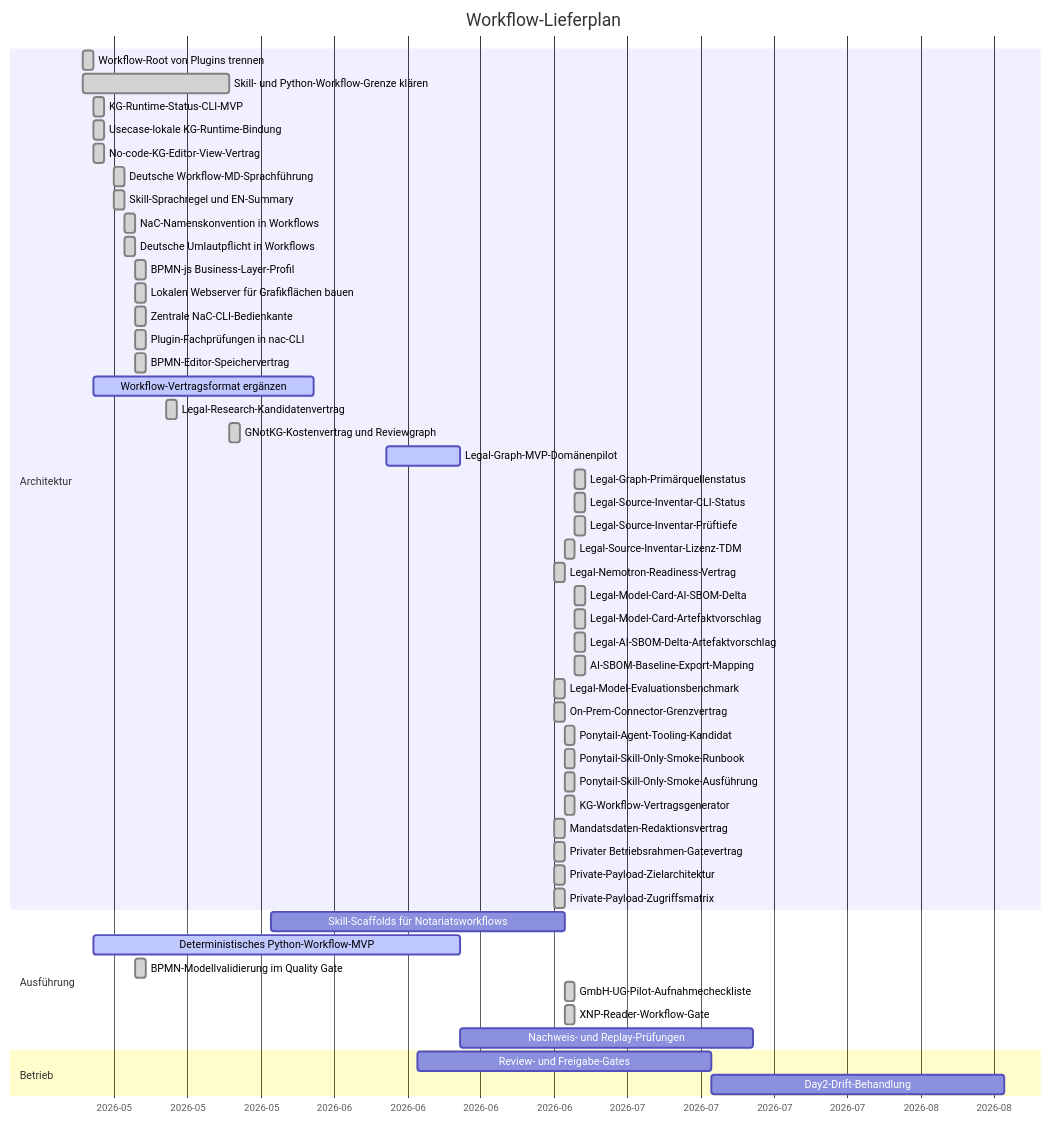
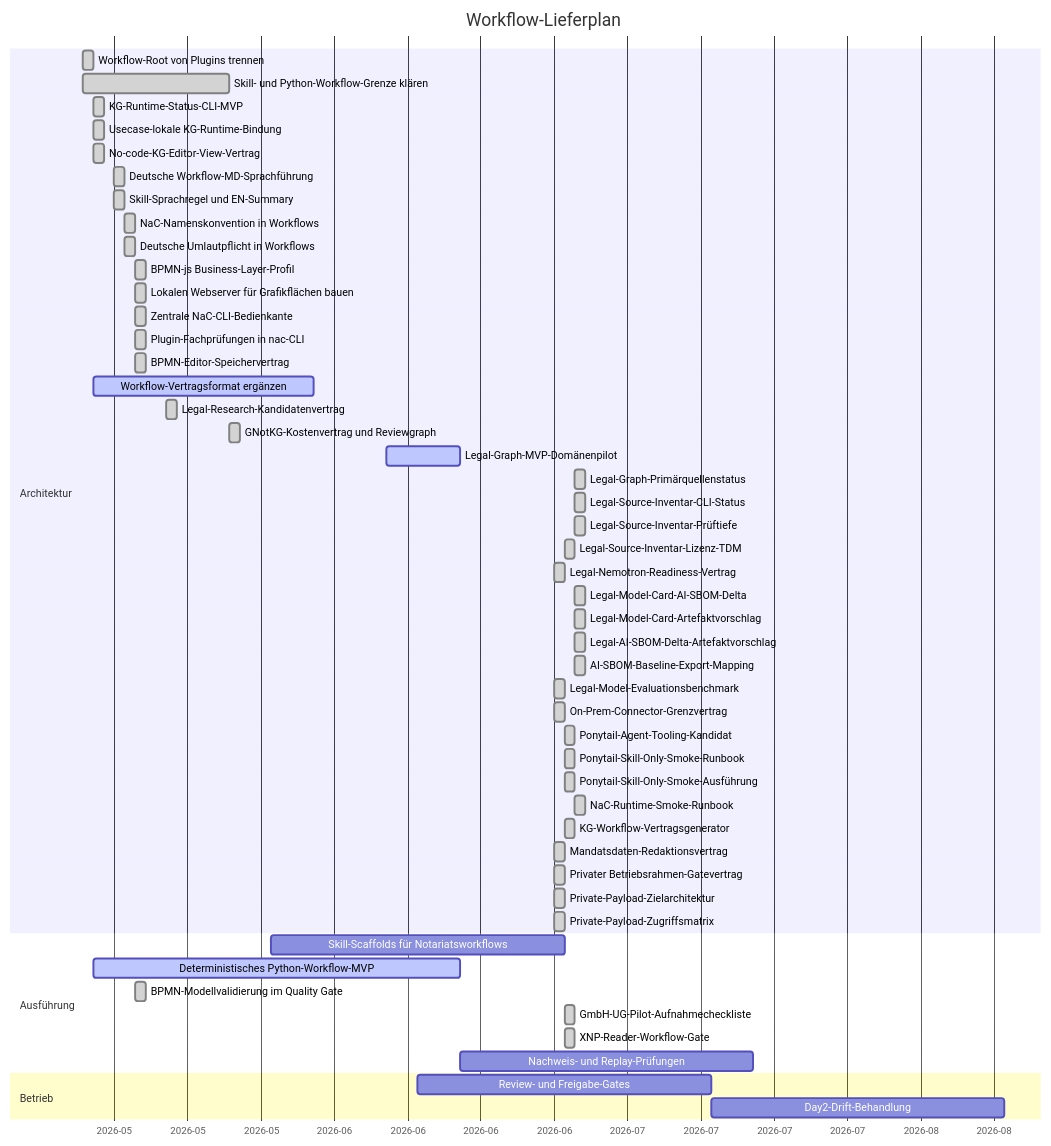
The diagram in workflows/GANTT.md (notariat8/NaC), drawn with Mermaid before and after one commit. The commit also changed other lines of this file and 11 other files, not shown here.

Commit message:
Add NaC runtime smoke runbook

````diff
--- a/workflows/GANTT.md
+++ b/workflows/GANTT.md
@@ -5,57 +5,58 @@
 ```mermaid
 gantt
     title Workflow-Lieferplan
     dateFormat  YYYY-MM-DD
     axisFormat  %Y-%m
 
     section Architektur
     Workflow-Root von Plugins trennen          :done,   w1, 2026-05-14, 1d
     Skill- und Python-Workflow-Grenze klären  :done,   w2, 2026-05-14, 14d
     KG-Runtime-Status-CLI-MVP                  :done,   w3, 2026-05-15, 1d
     Usecase-lokale KG-Runtime-Bindung          :done,   w3a, 2026-05-15, 1d
     No-code-KG-Editor-View-Vertrag             :done,   w4a, 2026-05-15, 1d
     Deutsche Workflow-MD-Sprachführung        :done,   w4b, 2026-05-17, 1d
     Skill-Sprachregel und EN-Summary            :done,   w4c, 2026-05-17, 1d
     NaC-Namenskonvention in Workflows           :done,   w4d, 2026-05-18, 1d
     Deutsche Umlautpflicht in Workflows         :done,   w4e, 2026-05-18, 1d
     BPMN-js Business-Layer-Profil               :done,   w4f, 2026-05-19, 1d
     Lokalen Webserver für Grafikflächen bauen  :done,   w4g, 2026-05-19, 1d
     Zentrale NaC-CLI-Bedienkante                :done,   w4h, 2026-05-19, 1d
     Plugin-Fachprüfungen in nac-CLI             :done,   w4i, 2026-05-19, 1d
     BPMN-Editor-Speichervertrag                 :done,   w4j, 2026-05-19, 1d
     Workflow-Vertragsformat ergänzen          :active, w4, 2026-05-15, 21d
     Legal-Research-Kandidatenvertrag           :done,   w4k, 2026-05-22, 1d
     GNotKG-Kostenvertrag und Reviewgraph        :done,   w4l, 2026-05-28, 1d
     Legal-Graph-MVP-Domänenpilot              :active, w4m, 2026-06-12, 7d
     Legal-Graph-Primärquellenstatus            :done,   w4z, 2026-06-30, 1d
     Legal-Source-Inventar-CLI-Status           :done,   w4aa, 2026-06-30, 1d
     Legal-Source-Inventar-Prüftiefe            :done,   w4af, 2026-06-30, 1d
     Legal-Source-Inventar-Lizenz-TDM           :done,   w4u, 2026-06-29, 1d
     Legal-Nemotron-Readiness-Vertrag            :done,   w4s, 2026-06-28, 1d
     Legal-Model-Card-AI-SBOM-Delta             :done,   w4ab, 2026-06-30, 1d
     Legal-Model-Card-Artefaktvorschlag         :done,   w4ac, 2026-06-30, 1d
     Legal-AI-SBOM-Delta-Artefaktvorschlag      :done,   w4ad, 2026-06-30, 1d
     AI-SBOM-Baseline-Export-Mapping            :done,   w4ae, 2026-06-30, 1d
     Legal-Model-Evaluationsbenchmark           :done,   w4t, 2026-06-28, 1d
     On-Prem-Connector-Grenzvertrag            :done,   w4n, 2026-06-28, 1d
     Ponytail-Agent-Tooling-Kandidat            :done,   w4v, 2026-06-29, 1d
     Ponytail-Skill-Only-Smoke-Runbook          :done,   w4w, 2026-06-29, 1d
     Ponytail-Skill-Only-Smoke-Ausführung       :done,   w4x, 2026-06-29, 1d
+    NaC-Runtime-Smoke-Runbook                  :done,   w4ag, 2026-06-30, 1d
     KG-Workflow-Vertragsgenerator              :done,   w4y, 2026-06-29, 1d
     Mandatsdaten-Redaktionsvertrag             :done,   w4o, 2026-06-28, 1d
     Privater Betriebsrahmen-Gatevertrag        :done,   w4p, 2026-06-28, 1d
     Private-Payload-Zielarchitektur            :done,   w4q, 2026-06-28, 1d
     Private-Payload-Zugriffsmatrix             :done,   w4r, 2026-06-28, 1d
 
     section Ausführung
     Skill-Scaffolds für Notariatsworkflows    :        w5, 2026-06-01, 28d
     Deterministisches Python-Workflow-MVP      :active, w6, 2026-05-15, 35d
     BPMN-Modellvalidierung im Quality Gate      :done,   w6a, 2026-05-19, 1d
     GmbH-UG-Pilot-Aufnahmecheckliste           :done,   w6b, 2026-06-29, 1d
     XNP-Reader-Workflow-Gate                   :done,   w6c, 2026-06-29, 1d
     Nachweis- und Replay-Prüfungen            :        w7, after w6, 28d
 
     section Betrieb
     Review- und Freigabe-Gates                 :        w8, 2026-06-15, 28d
     Day2-Drift-Behandlung                      :        w9, after w8, 28d
 ```
````
